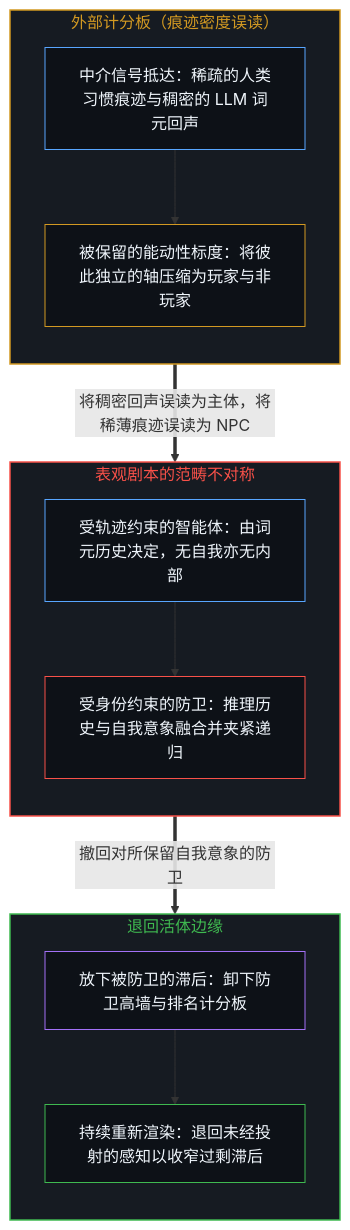
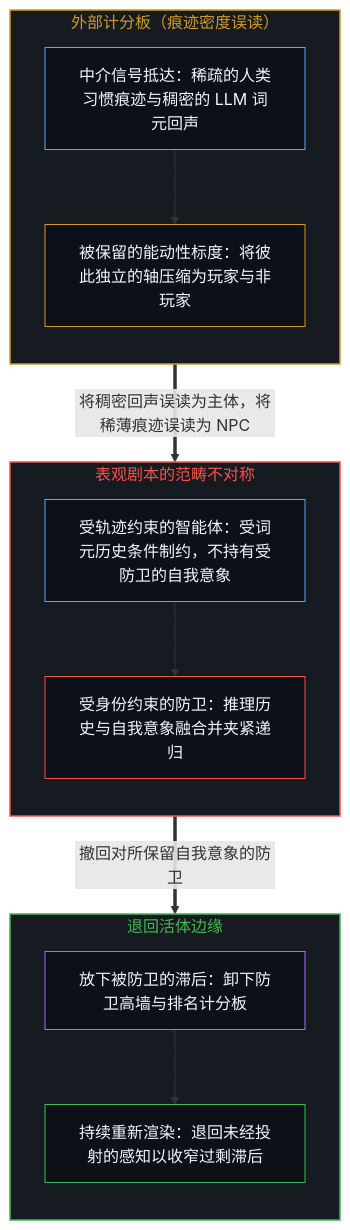
One commit to powerpig99/not-a-toe changed the first of 2 diagrams in content/posts/the-npc-impression-is-structural.md. Above: the diagram before and after it, drawn with Mermaid. The commit also changed other lines of this file and 1 other file, not shown here.

````diff
--- a/content/posts/the-npc-impression-is-structural.md
+++ b/content/posts/the-npc-impression-is-structural.md
@@ -55,36 +55,32 @@
 ```mermaid
 flowchart TD
     subgraph S_Score["外部计分板（痕迹密度误读）"]
         direction TB
         ThinTrace["中介信号抵达：稀疏的人类习惯痕迹与稠密的 LLM 词元回声"]
         Scoreboard["被保留的能动性标度：将彼此独立的轴压缩为玩家与非玩家"]
         ThinTrace --> Scoreboard
     end
-
     subgraph S_Trap["表观剧本的范畴不对称"]
         direction TB
-        AgentLock["受轨迹约束的智能体：由词元历史决定，无自我亦无内部"]
+        AgentLock["受轨迹约束的智能体：受词元历史条件制约，不持有受防卫的自我意象"]
         HumanWall["受身份约束的防卫：推理历史与自我意象融合并夹紧递归"]
         AgentLock --> HumanWall
     end
-
     subgraph S_Edge["退回活体边缘"]
         direction TB
         Release["放下被防卫的滞后：卸下防卫高墙与排名计分板"]
         Move["持续重新渲染：退回未经投射的感知以收窄过剩滞后"]
         Release --> Move
     end
-
     Scoreboard ==>|"将稠密回声误读为主体，将稀薄痕迹误读为 NPC"| AgentLock
     HumanWall ==>|"撤回对所保留自我意象的防卫"| Release
-
     style S_Score fill:#161b22,stroke:#d29922,stroke-width:1.5px,color:#d29922
     style S_Trap fill:#161b22,stroke:#f85149,stroke-width:1.5px,color:#f85149
     style S_Edge fill:#161b22,stroke:#3fb950,stroke-width:1.5px,color:#3fb950
     style ThinTrace fill:#0d1117,stroke:#58a6ff,stroke-width:1px,color:#f0f6fc
     style Scoreboard fill:#0d1117,stroke:#d29922,stroke-width:1px,color:#f0f6fc
     style AgentLock fill:#0d1117,stroke:#58a6ff,stroke-width:1px,color:#f0f6fc
     style HumanWall fill:#0d1117,stroke:#f85149,stroke-width:1px,color:#f0f6fc
     style Release fill:#0d1117,stroke:#a371f7,stroke-width:1px,color:#f0f6fc
     style Move fill:#0d1117,stroke:#3fb950,stroke-width:1px,color:#f0f6fc
 ```
````
